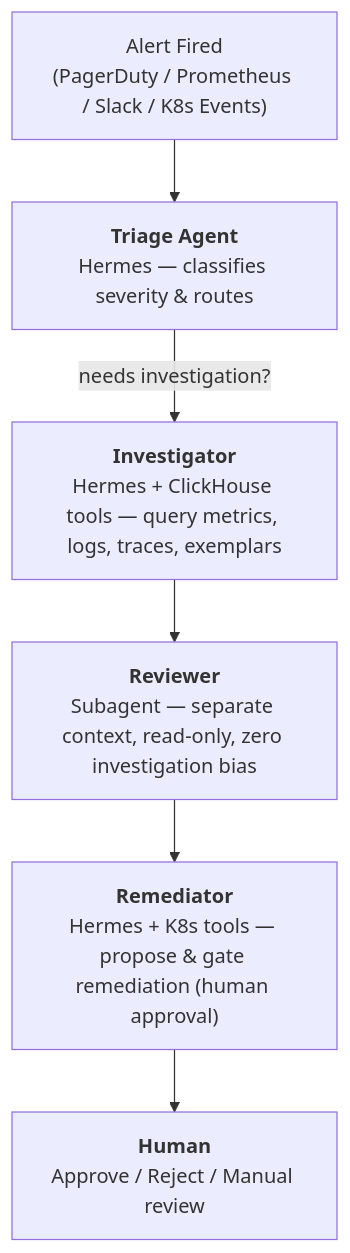
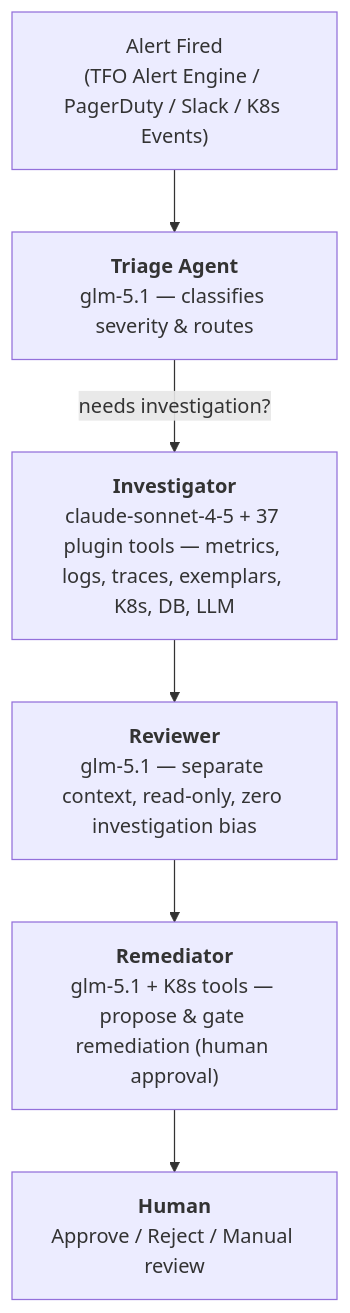
Before and after one commit to telemetryflow/telemetryflow-hermes: the fourth of 5 diagrams in docs/tfo-hermes.md, drawn with Mermaid. The commit also changed other lines of this file and 26 other files, not shown here.

````diff
--- a/docs/tfo-hermes.md
+++ b/docs/tfo-hermes.md
@@ -540,14 +540,14 @@
 ```mermaid
 graph TD
-    ALERT["Alert Fired<br/>(PagerDuty / Prometheus / Slack / K8s Events)"]
-    TRIAGE["<b>Triage Agent</b><br/>Hermes — classifies severity & routes"]
-    INV["<b>Investigator</b><br/>Hermes + ClickHouse tools — query metrics, logs, traces, exemplars"]
-    REV["<b>Reviewer</b><br/>Subagent — separate context, read-only, zero investigation bias"]
-    REM["<b>Remediator</b><br/>Hermes + K8s tools — propose & gate remediation (human approval)"]
+    ALERT["Alert Fired<br/>(TFO Alert Engine / PagerDuty / Slack / K8s Events)"]
+    TRIAGE["<b>Triage Agent</b><br/>glm-5.1 — classifies severity & routes"]
+    INV["<b>Investigator</b><br/>claude-sonnet-4-5 + 37 plugin tools — metrics, logs, traces, exemplars, K8s, DB, LLM"]
+    REV["<b>Reviewer</b><br/>glm-5.1 — separate context, read-only, zero investigation bias"]
+    REM["<b>Remediator</b><br/>glm-5.1 + K8s tools — propose & gate remediation (human approval)"]
     HUMAN["<b>Human</b><br/>Approve / Reject / Manual review"]
     ALERT --> TRIAGE
     TRIAGE -->|"needs investigation?"| INV
     INV --> REV
     REV --> REM
     REM --> HUMAN
 ```
````
